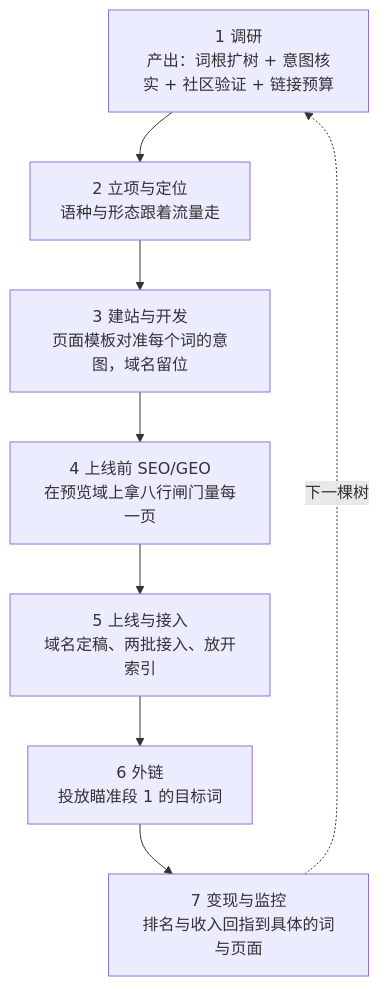
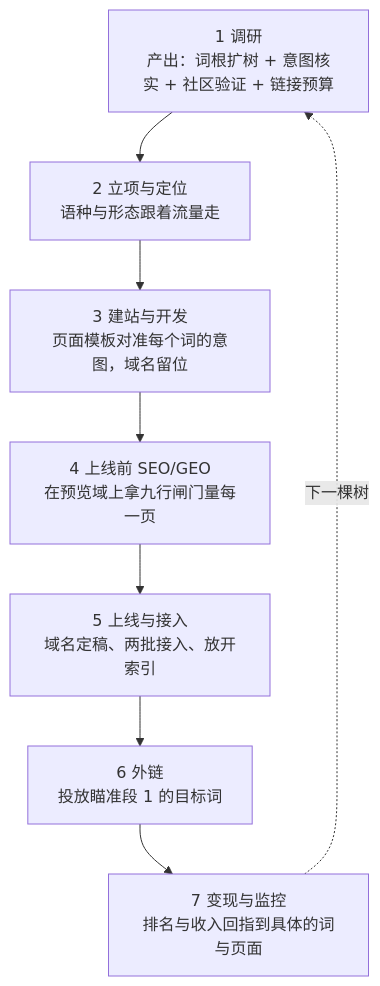
The second of 2 diagrams in README.md (yan-labs/yan-skills), drawn with Mermaid before and after one commit. The commit also changed other lines of this file and 8 other files, not shown here.

````diff
--- a/README.md
+++ b/README.md
@@ -132,10 +132,10 @@
 ```mermaid
 flowchart TD
   R["1 调研<br/>产出：词根扩树 + 意图核实 + 社区验证 + 链接预算"] --> P["2 立项与定位<br/>语种与形态跟着流量走"]
   P --> B["3 建站与开发<br/>页面模板对准每个词的意图，域名留位"]
-  B --> G["4 上线前 SEO/GEO<br/>在预览域上拿八行闸门量每一页"]
+  B --> G["4 上线前 SEO/GEO<br/>在预览域上拿九行闸门量每一页"]
   G --> L["5 上线与接入<br/>域名定稿、两批接入、放开索引"]
   L --> K["6 外链<br/>投放瞄准段 1 的目标词"]
   K --> M["7 变现与监控<br/>排名与收入回指到具体的词与页面"]
   M -.下一棵树.-> R
 ```
````
